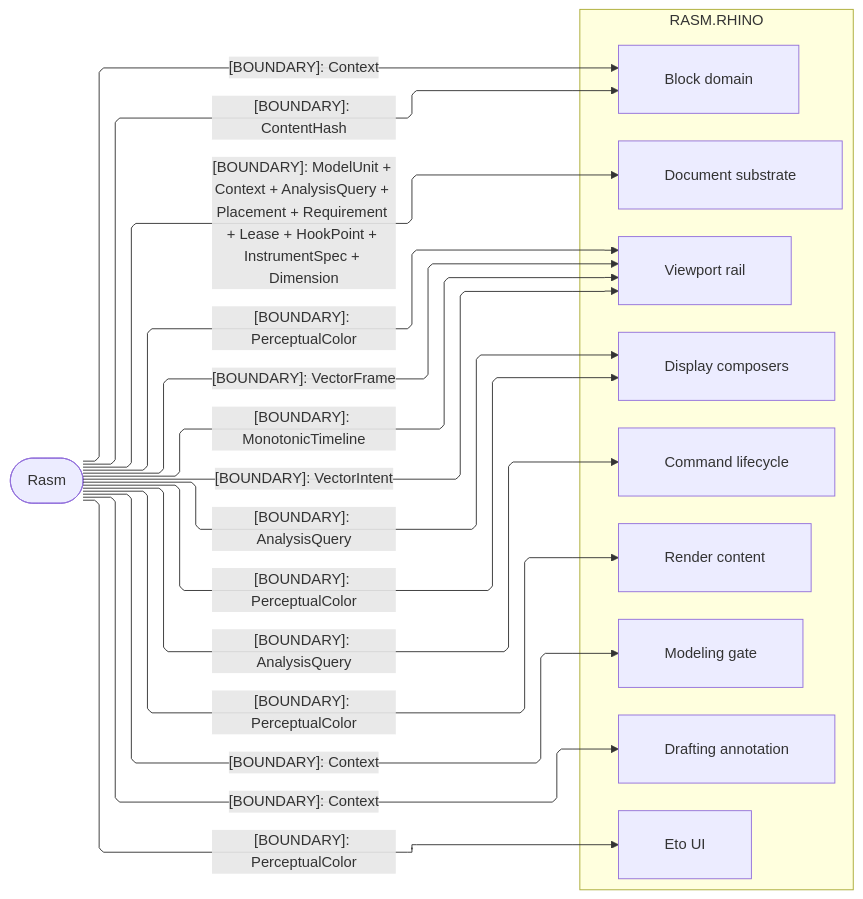
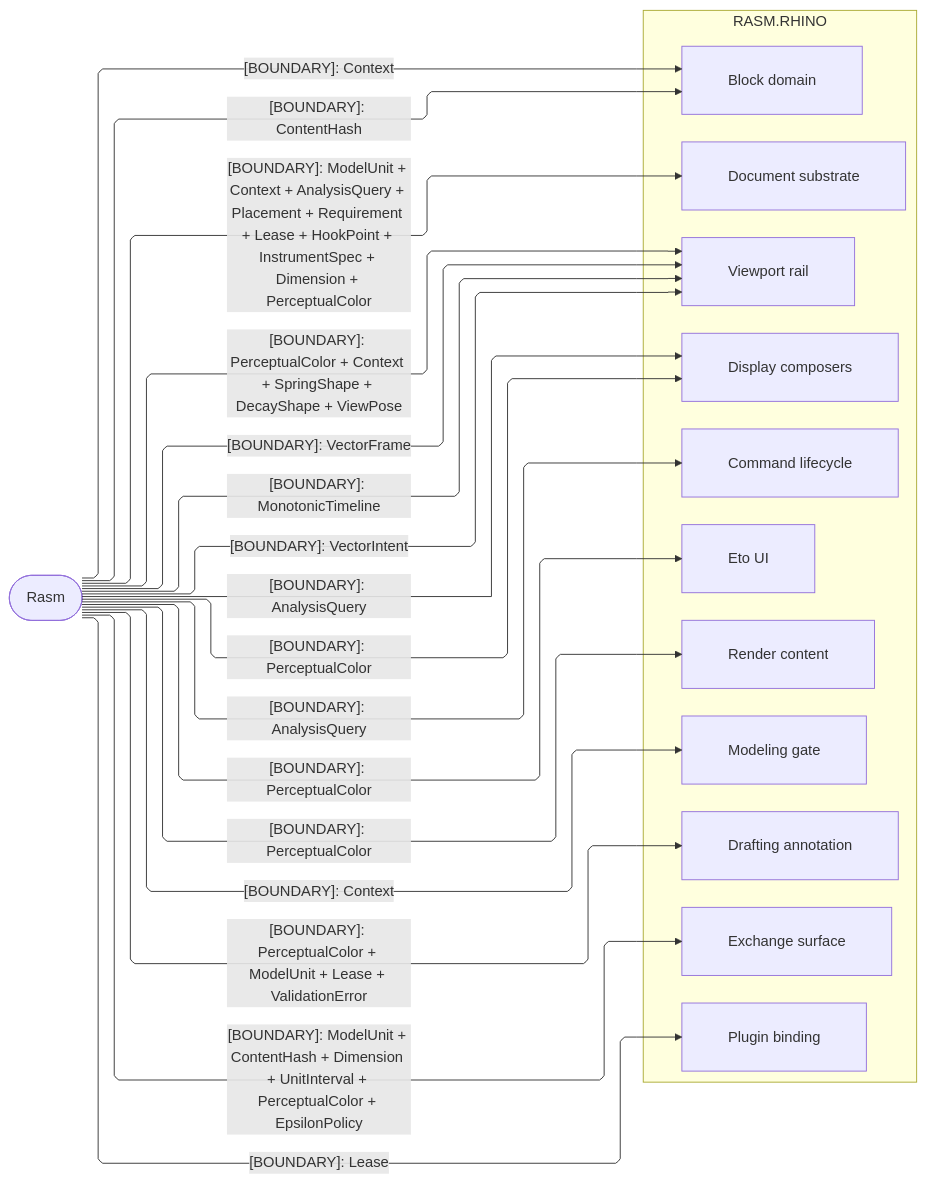
One commit to bsamiee/Rasm changed the second of 3 diagrams in libs/csharp/Rasm.Rhino/ARCHITECTURE.md. Above: the diagram before and after it, drawn with Mermaid. The commit also changed other lines of this file and 747 other files, not shown here.

````diff
--- a/libs/csharp/Rasm.Rhino/ARCHITECTURE.md
+++ b/libs/csharp/Rasm.Rhino/ARCHITECTURE.md
@@ -166,38 +180,42 @@
 ```mermaid
 ---
 config:
   layout: elk
   flowchart:
     curve: linear
     padding: 25
 ---
 flowchart LR
     accTitle: Rasm.Rhino kernel-boundary seams
     accDescr: Rasm.Rhino host sub-domain owners consuming frozen-name value contracts down from the Rasm kernel, one boundary rail per consuming sub-domain.
     subgraph rhino[RASM.RHINO]
         Document[Document substrate]
         Commands[Command lifecycle]
         Blocks[Block domain]
         Modeling[Modeling gate]
         Annotation[Drafting annotation]
         Viewport[Viewport rail]
         Display[Display composers]
         Render[Render content]
+        Exchange[Exchange surface]
         Eto[Eto UI]
+        Plugin[Plugin binding]
     end
     Rasm([Rasm])
-    Rasm e1@-->|"[BOUNDARY]: ModelUnit + Context + AnalysisQuery + Placement + Requirement + Lease + HookPoint + InstrumentSpec + Dimension"| Document
+    Rasm e1@-->|"[BOUNDARY]: ModelUnit + Context + AnalysisQuery + Placement + Requirement + Lease + HookPoint + InstrumentSpec + Dimension + PerceptualColor"| Document
     Rasm e2@-->|"[BOUNDARY]: VectorFrame"| Viewport
     Rasm e3@-->|"[BOUNDARY]: AnalysisQuery"| Commands
     Rasm e4@-->|"[BOUNDARY]: PerceptualColor"| Eto
     Rasm e5@-->|"[BOUNDARY]: MonotonicTimeline"| Viewport
     Rasm e6@-->|"[BOUNDARY]: VectorIntent"| Viewport
     Rasm e7@-->|"[BOUNDARY]: Context"| Modeling
     Rasm e8@-->|"[BOUNDARY]: ContentHash"| Blocks
     Rasm e9@-->|"[BOUNDARY]: PerceptualColor"| Display
     Rasm e14@-->|"[BOUNDARY]: AnalysisQuery"| Display
     Rasm e10@-->|"[BOUNDARY]: PerceptualColor"| Render
-    Rasm e11@-->|"[BOUNDARY]: PerceptualColor"| Viewport
-    Rasm e12@-->|"[BOUNDARY]: Context"| Annotation
+    Rasm e11@-->|"[BOUNDARY]: PerceptualColor + Context + SpringShape + DecayShape + ViewPose"| Viewport
+    Rasm e12@-->|"[BOUNDARY]: PerceptualColor + ModelUnit + Lease + ValidationError"| Annotation
     Rasm e13@-->|"[BOUNDARY]: Context"| Blocks
+    Rasm e15@-->|"[BOUNDARY]: ModelUnit + ContentHash + Dimension + UnitInterval + PerceptualColor + EpsilonPolicy"| Exchange
+    Rasm e16@-->|"[BOUNDARY]: Lease"| Plugin
 ```
````
